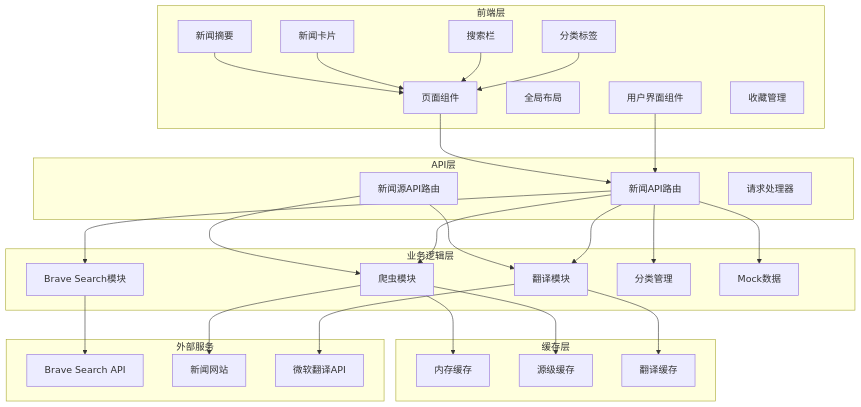
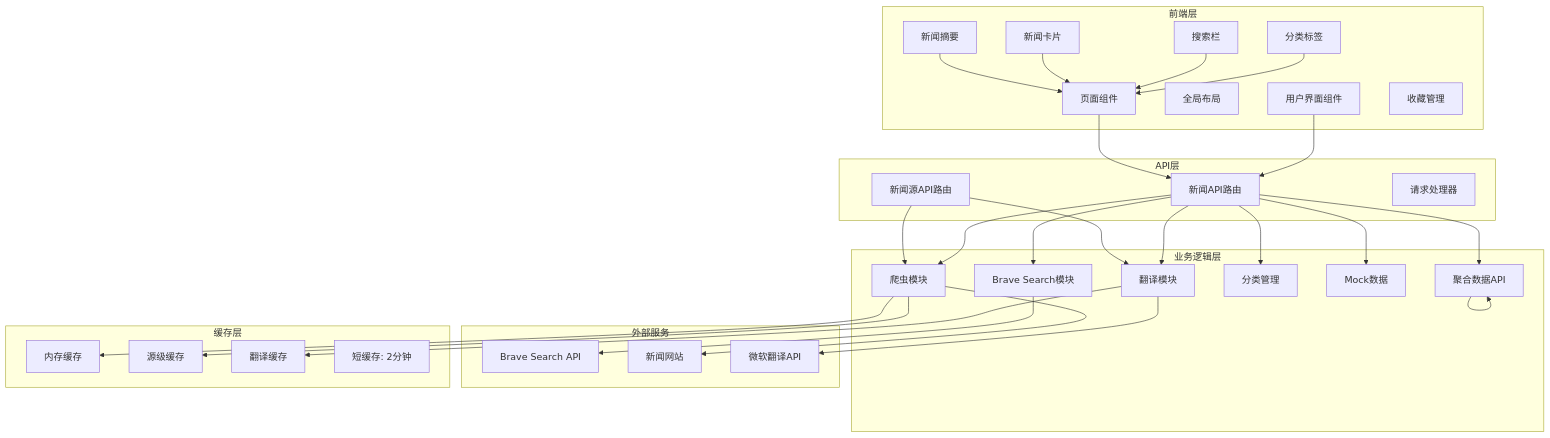
The first of 15 diagrams in .qoder/repowiki/zh/content/核心功能模块/新闻数据获取系统.md (zuozuoliu740-cmd/xianxiong-news), drawn with Mermaid before and after one commit. The commit also changed other lines of this file and 27 other files, not shown here.

Commit message:
feat: 新增AI实验室模块 - AI爆品替换工作台(视频替换/商品详情生成/图生视频/英文配音)、我的视频管理、首页入口卡片

````diff
--- a/.qoder/repowiki/zh/content/核心功能模块/新闻数据获取系统.md
+++ b/.qoder/repowiki/zh/content/核心功能模块/新闻数据获取系统.md
@@ -57,55 +59,60 @@
 ```mermaid
 graph TB
 subgraph "前端层"
 UI[用户界面组件]
 Layout[全局布局]
 Page[页面组件]
 CategoryTabs[分类标签]
 SearchBar[搜索栏]
 NewsCard[新闻卡片]
 NewsSummary[新闻摘要]
 Favorites[收藏功能]
 end
 subgraph "API层"
 NewsAPI[新闻API路由]
 SourcesAPI[新闻源API路由]
 Handler[请求处理器]
 end
 subgraph "业务逻辑层"
 Brave[Brave Search模块]
 Scraper[爬虫模块]
 Translator[翻译模块]
 Categories[分类管理]
 Mock[Mock数据]
 Favorites[收藏管理]
+JuheAPI[聚合数据API]
 end
 subgraph "外部服务"
 BraveAPI[Brave Search API]
 WebSites[新闻网站]
 EdgeAPI[微软翻译API]
+JuheAPI[聚合数据API]
 end
 subgraph "缓存层"
 MemoryCache[内存缓存]
 SourceCache[源级缓存]
 TranslateCache[翻译缓存]
+ShortCache[短缓存: 2分钟]
 end
 UI --> NewsAPI
 Page --> NewsAPI
 CategoryTabs --> Page
 SearchBar --> Page
 NewsCard --> Page
 NewsSummary --> Page
 NewsAPI --> Brave
 NewsAPI --> Scraper
 NewsAPI --> Translator
 NewsAPI --> Categories
 NewsAPI --> Mock
+NewsAPI --> JuheAPI
 SourcesAPI --> Scraper
 SourcesAPI --> Translator
 Brave --> BraveAPI
 Scraper --> WebSites
 Translator --> EdgeAPI
 Scraper --> MemoryCache
 Scraper --> SourceCache
 Translator --> TranslateCache
+JuheAPI --> JuheAPI
 ```
````
